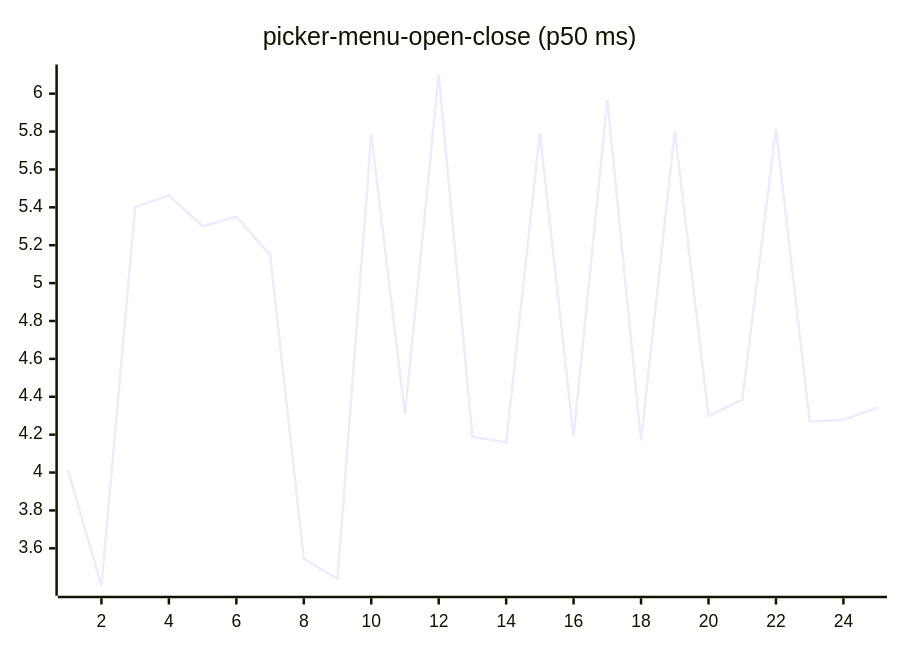
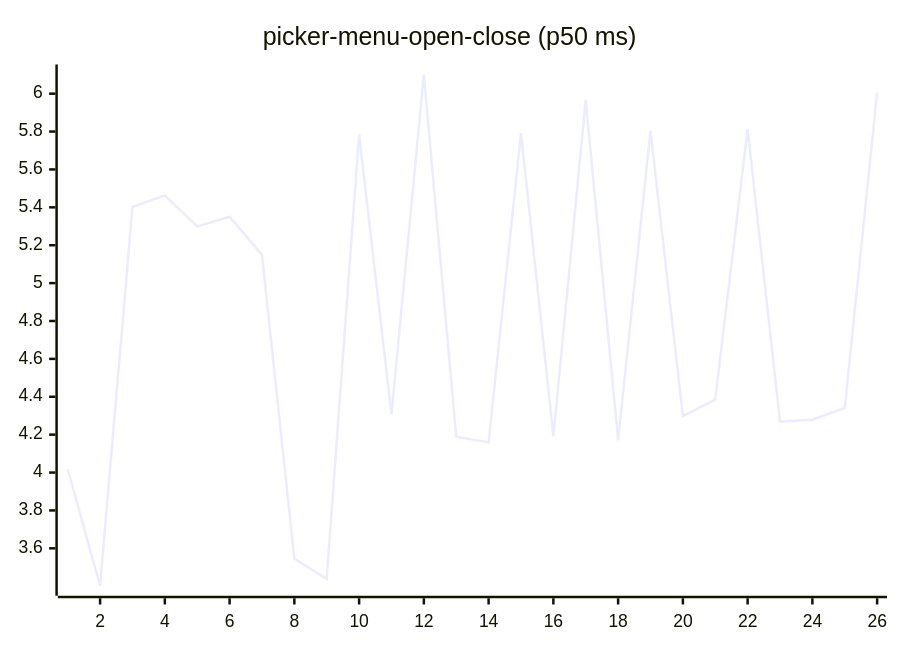
Before and after one commit to josha/Facet: diagram 16 of 27 in README.md, drawn with Mermaid. The commit also changed other lines of this file and 2 other files, not shown here.

````diff
--- a/README.md
+++ b/README.md
@@ -168,6 +168,6 @@
 ```mermaid
 xychart-beta
     title "picker-menu-open-close (p50 ms)"
-    x-axis 1 --> 25
-    line [4.0174, 3.4024, 5.4017, 5.4631, 5.2994, 5.3502, 5.1493, 3.5447, 3.4388, 5.7846, 4.3066, 6.1012, 4.1897, 4.1591, 5.7919, 4.1912, 5.9674, 4.1698, 5.8037, 4.2981, 4.3851, 5.8139, 4.2694, 4.2792, 4.3416]
+    x-axis 1 --> 26
+    line [4.0174, 3.4024, 5.4017, 5.4631, 5.2994, 5.3502, 5.1493, 3.5447, 3.4388, 5.7846, 4.3066, 6.1012, 4.1897, 4.1591, 5.7919, 4.1912, 5.9674, 4.1698, 5.8037, 4.2981, 4.3851, 5.8139, 4.2694, 4.2792, 4.3416, 6.0052]
 ```
````
